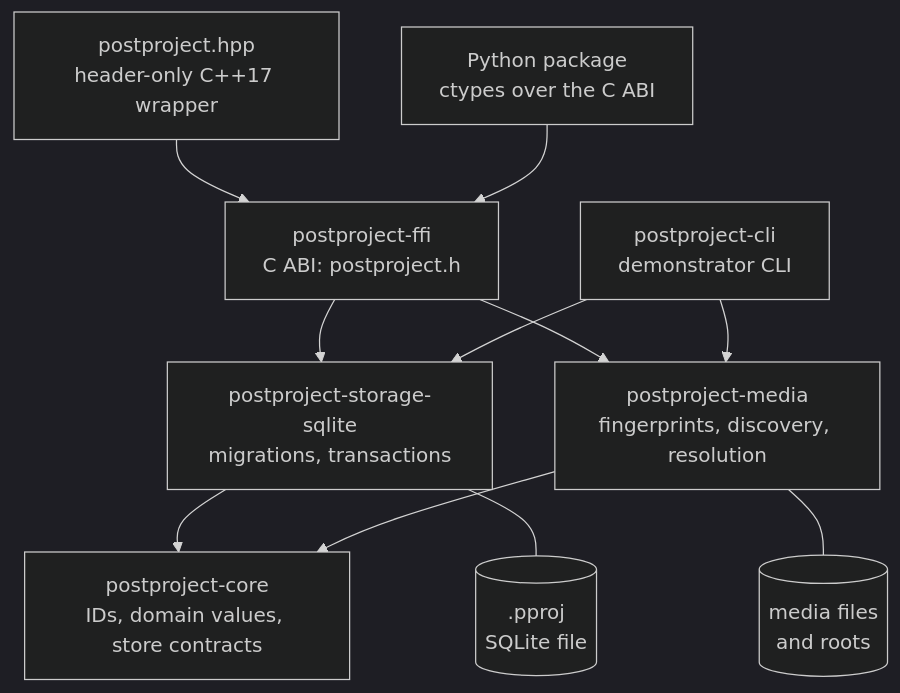
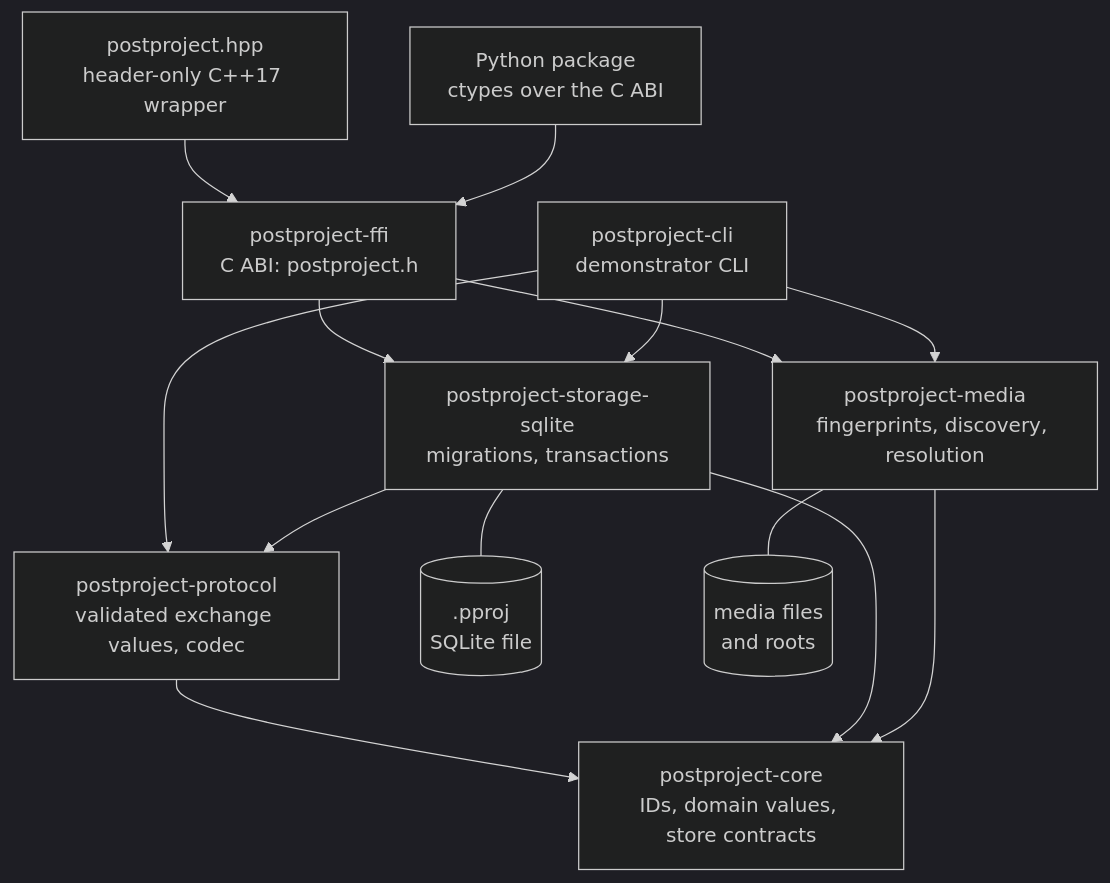
One commit to postproject-org/postproject changed the diagram in docs/architecture.md. Above: the diagram before and after it, drawn with Mermaid (dark theme). The commit also changed other lines of this file and 1 other file, not shown here.

Commit message:
docs: explain metadata submission recovery and nested protocol output

````diff
--- a/docs/architecture.md
+++ b/docs/architecture.md
@@ -5,15 +5,18 @@
 ```mermaid
 flowchart TD
     cpp["postproject.hpp<br/>header-only C++17 wrapper"] --> ffi
     python["Python package<br/>ctypes over the C ABI"] --> ffi
     ffi["postproject-ffi<br/>C ABI: postproject.h"]
     cli["postproject-cli<br/>demonstrator CLI"]
     ffi --> storage["postproject-storage-sqlite<br/>migrations, transactions"]
     ffi --> media["postproject-media<br/>fingerprints, discovery, resolution"]
     cli --> storage
     cli --> media
+    cli --> protocol["postproject-protocol<br/>validated exchange values, codec"]
+    storage --> protocol
+    protocol --> core
     storage --> core["postproject-core<br/>IDs, domain values, store contracts"]
     media --> core
     storage --- pproj[(".pproj<br/>SQLite file")]
     media --- files[("media files<br/>and roots")]
 ```
````
